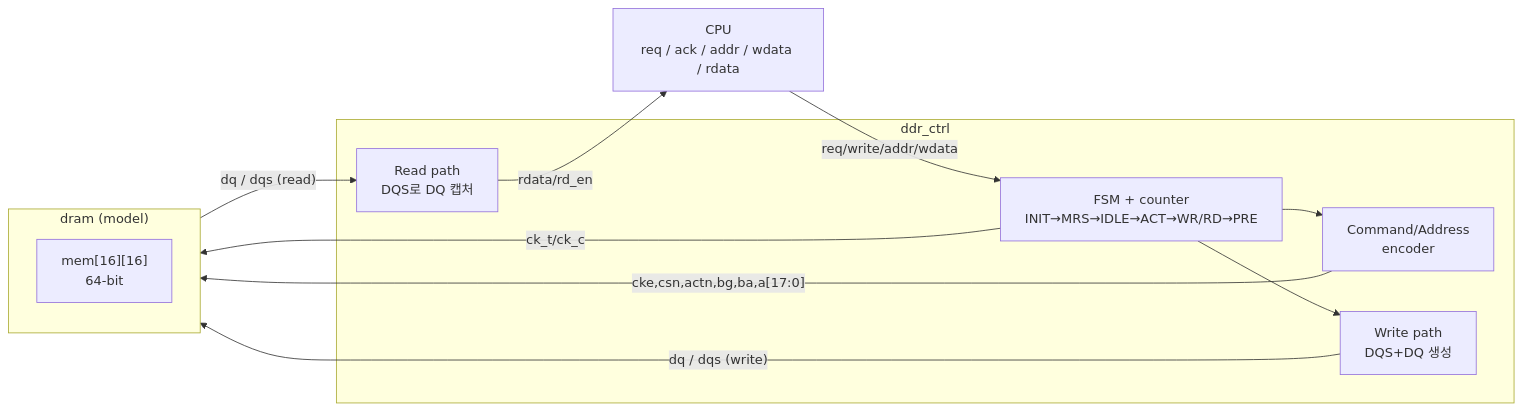
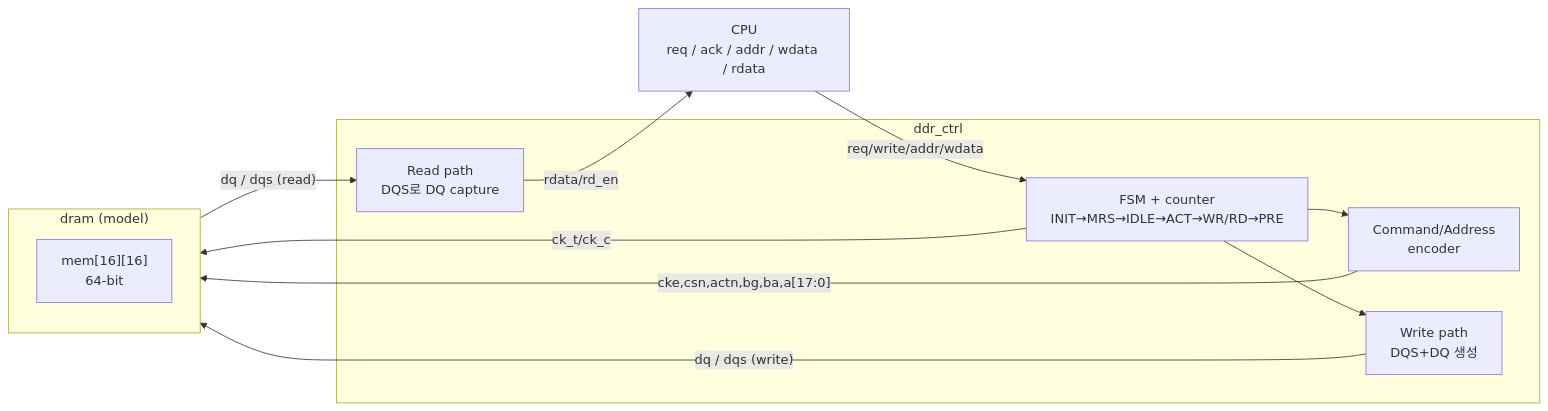
One commit to Minchan6847/SAM_Digital_Circuit_Design changed the first of 2 diagrams in 5-6-DDR_Controller/README.md. Above: the diagram before and after it, drawn with Mermaid. The commit also changed other lines of this file, not shown here.

````diff
--- a/5-6-DDR_Controller/README.md
+++ b/5-6-DDR_Controller/README.md
@@ -27,24 +27,24 @@
 ```mermaid
 flowchart LR
     CPU["CPU<br/>req / ack / addr / wdata / rdata"]
 
     subgraph CTRL["ddr_ctrl"]
         FSM["FSM + counter<br/>INIT→MRS→IDLE→ACT→WR/RD→PRE"]
         CMD["Command/Address<br/>encoder"]
         WPATH["Write path<br/>DQS+DQ 생성"]
-        RPATH["Read path<br/>DQS로 DQ 캡처"]
+        RPATH["Read path<br/>DQS로 DQ capture"]
     end
 
     subgraph DRAM["dram (model)"]
         MEM["mem[16][16]<br/>64-bit"]
     end
 
     CPU -->|req/write/addr/wdata| FSM
     FSM --> CMD
     FSM --> WPATH
     CMD -->|"cke,csn,actn,bg,ba,a[17:0]"| DRAM
     WPATH -->|"dq / dqs (write)"| DRAM
     DRAM -->|"dq / dqs (read)"| RPATH
     RPATH -->|rdata/rd_en| CPU
     FSM -->|"ck_t/ck_c"| DRAM
 ```
````
